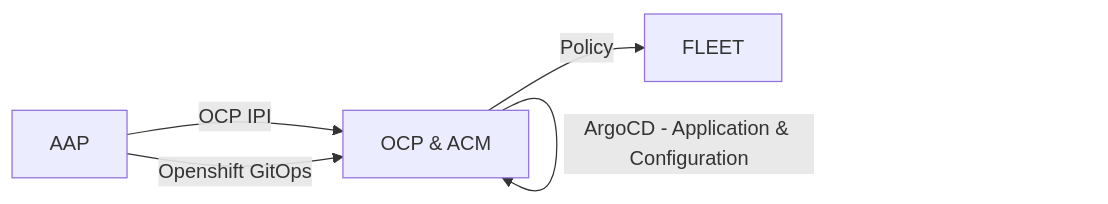
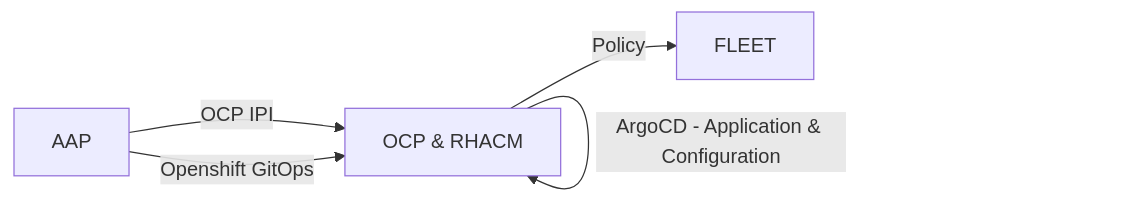
Before and after one commit to cdoan1/static-site-starter-src: the first of 2 diagrams in docs/design.md, drawn with Mermaid. The commit also changed other lines of this file, not shown here.

````diff
--- a/docs/design.md
+++ b/docs/design.md
@@ -45,7 +45,7 @@
 ```mermaid
 graph LR
     AAP --> |OCP IPI| OCP
-    AAP --> |Openshift GitOps| OCP[OCP & ACM]
+    AAP --> |Openshift GitOps| OCP[OCP & RHACM]
     OCP --> |ArgoCD - Application & Configuration| OCP
     OCP --> |Policy| FLEET
 ```
````
